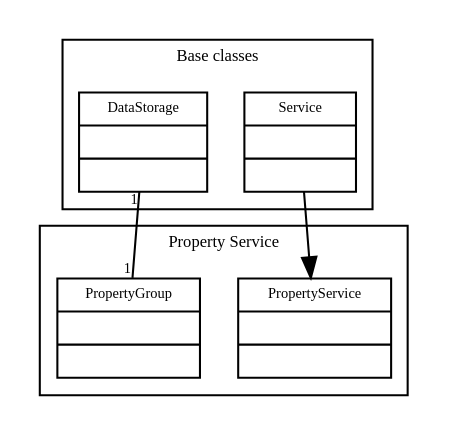
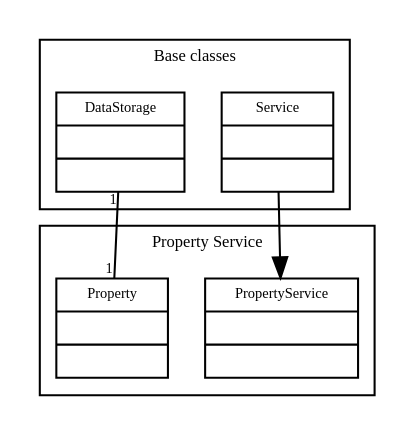
One commit to volca02/openDarkEngine changed the diagram in doc/src/propsvc.dot. Above: the diagram before and after it, drawn with Graphviz. The commit also changed 6 other files, not shown here.

Commit message:
Finishing the rename operation of PropertyGroup to Property

```diff
--- a/doc/src/propsvc.dot
+++ b/doc/src/propsvc.dot
@@ -1,51 +1,51 @@
 digraph G {
 	fontname = "Bitstream Vera Sans"
 	fontsize = 8
 	
 	node [
 		fontname = "Bitstream Vera Sans"
 		fontsize = 7
 		shape = "record"	
 	]
 	
 	edge [
 		fontname = "Bitstream Vera Sans"
 		fontsize = 7
 	]
 	
 	
 	subgraph  clusterBase {
 		label = "Base classes"
 	
 		Service [
 			label = "{Service||}"
 		]
 	
 		DataStorage [
 			label = "{DataStorage||}"
 		]
 	}
 		
 	subgraph  clusterPropSvc {
 		label = "Property Service"
 		
 		PropertyService [
 			label = "{PropertyService||}"
 		]
 	
-		PropertyGroup [
-			label = "{PropertyGroup||}"
+		Property [
+			label = "{Property||}"
 		]
 	}	
 	
 	Service -> PropertyService
 	
 	edge [
 		arrowhead = "none"
 
                 headlabel = "1"
                 taillabel = "1"
 	]
 	
-	PropertyGroup -> DataStorage
+	Property -> DataStorage
 }
```
